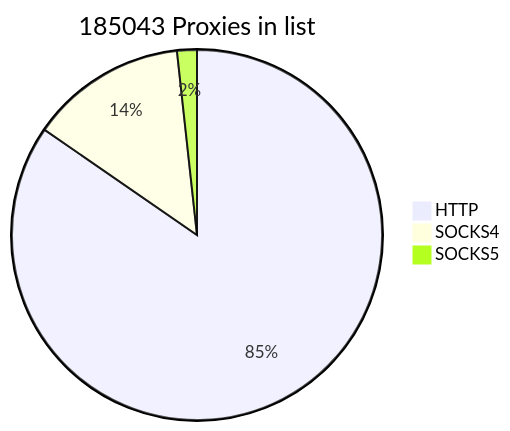
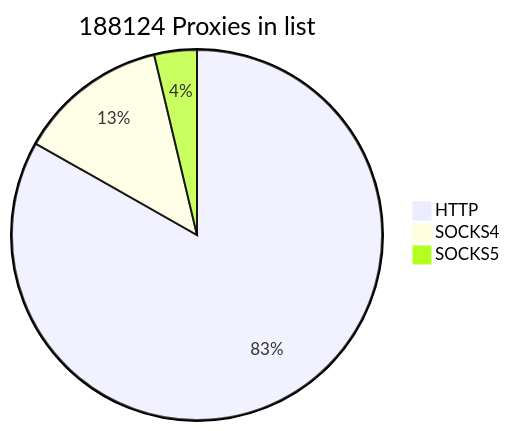
Before and after one commit to cutipu/proxylist: the first of 2 diagrams in README.md, drawn with Mermaid. The commit also changed other lines of this file, not shown here.

````diff
--- a/README.md
+++ b/README.md
@@ -2,7 +2,7 @@
 ```mermaid
-pie title 185043 Proxies in list
-    "HTTP" : 156571
-    "SOCKS4" : 25272
-    "SOCKS5" : 3200
+pie title 188124 Proxies in list
+    "HTTP" : 156527
+    "SOCKS4" : 24600
+    "SOCKS5" : 6997
             
 ```
````
